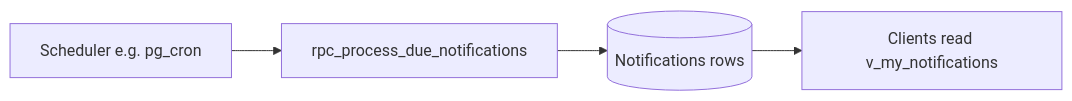
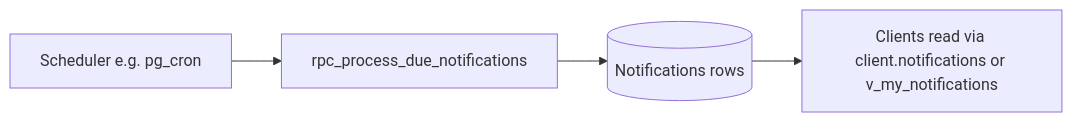
Before and after one commit to workorder-systems/cmms: the diagram in apps/docs/src/app/notifications/page.mdx, drawn with Mermaid. The commit also changed other lines of this file and 15 other files, not shown here.

````diff
--- a/apps/docs/src/app/notifications/page.mdx
+++ b/apps/docs/src/app/notifications/page.mdx
@@ -99,6 +123,6 @@
 ```mermaid
 flowchart LR
   SCH[Scheduler e.g. pg_cron] --> RPC[rpc_process_due_notifications]
   RPC --> DB[(Notifications rows)]
-  DB --> UI[Clients read v_my_notifications]
+  DB --> UI[Clients read via client.notifications or v_my_notifications]
 ```
````
